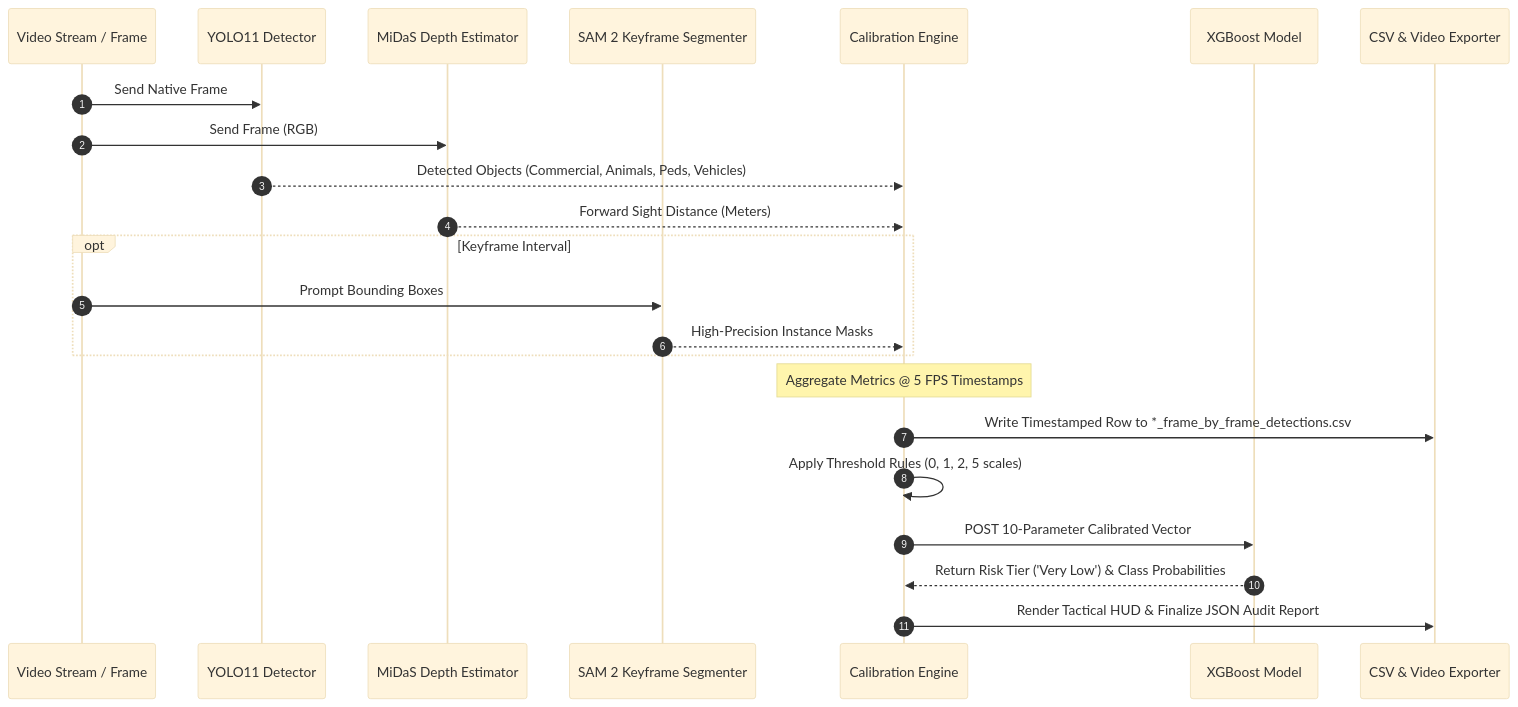
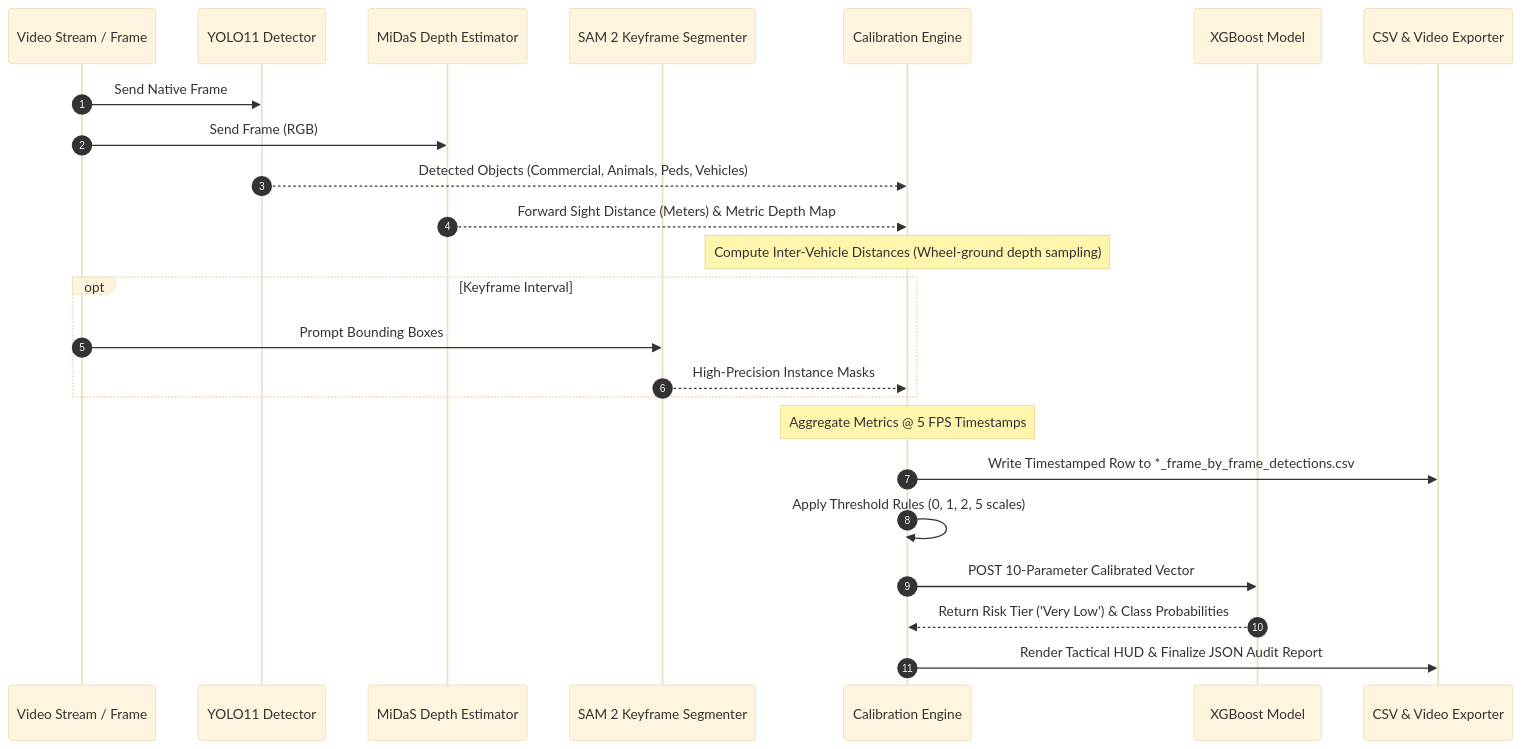
The second of 2 diagrams in DOCUMENTATION.md (SwayamAg/road-safety-vision-ai), drawn with Mermaid (base theme) before and after one commit. The commit also changed other lines of this file and 9 other files, not shown here.

Commit message:
Added vehicle distance feature

````diff
--- a/DOCUMENTATION.md
+++ b/DOCUMENTATION.md
@@ -61,27 +62,28 @@
 ```mermaid
 sequenceDiagram
     autonumber
     participant V as Video Stream / Frame
     participant Y as YOLO11 Detector
     participant D as MiDaS Depth Estimator
     participant S as SAM 2 Keyframe Segmenter
     participant C as Calibration Engine
     participant X as XGBoost Model
     participant O as CSV & Video Exporter
 
     V->>Y: Send Native Frame
     V->>D: Send Frame (RGB)
     Y-->>C: Detected Objects (Commercial, Animals, Peds, Vehicles)
-    D-->>C: Forward Sight Distance (Meters)
+    D-->>C: Forward Sight Distance (Meters) & Metric Depth Map
+    Note over C: Compute Inter-Vehicle Distances (Wheel-ground depth sampling)
     opt Keyframe Interval
         V->>S: Prompt Bounding Boxes
         S-->>C: High-Precision Instance Masks
     end
     
     Note over C: Aggregate Metrics @ 5 FPS Timestamps
     C->>O: Write Timestamped Row to *_frame_by_frame_detections.csv
     C->>C: Apply Threshold Rules (0, 1, 2, 5 scales)
     C->>X: POST 10-Parameter Calibrated Vector
     X-->>C: Return Risk Tier ('Very Low') & Class Probabilities
     C->>O: Render Tactical HUD & Finalize JSON Audit Report
 ```
````
